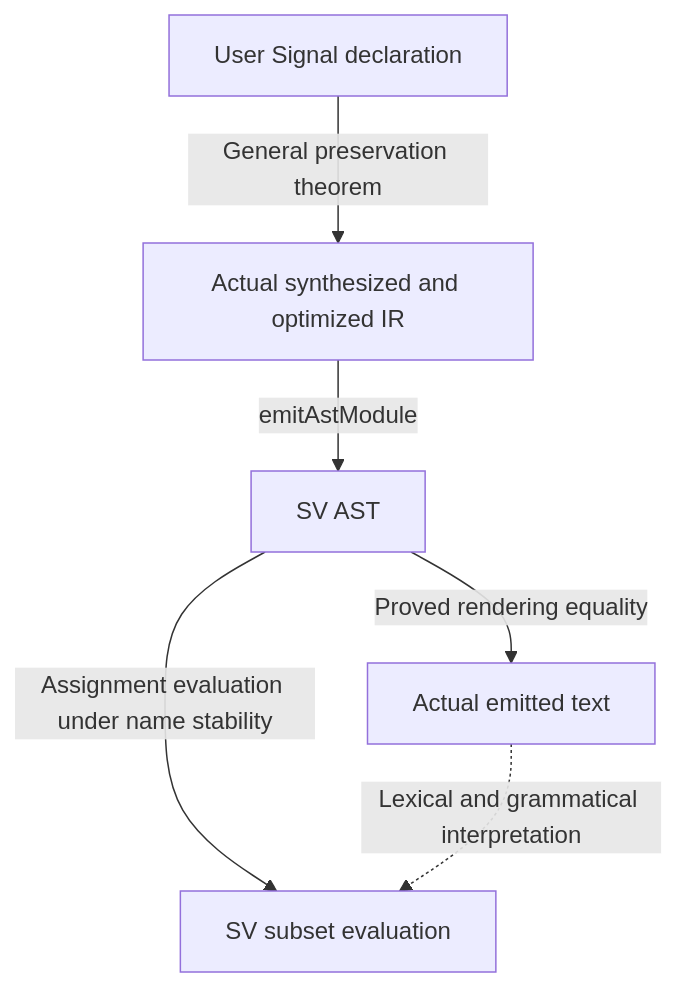
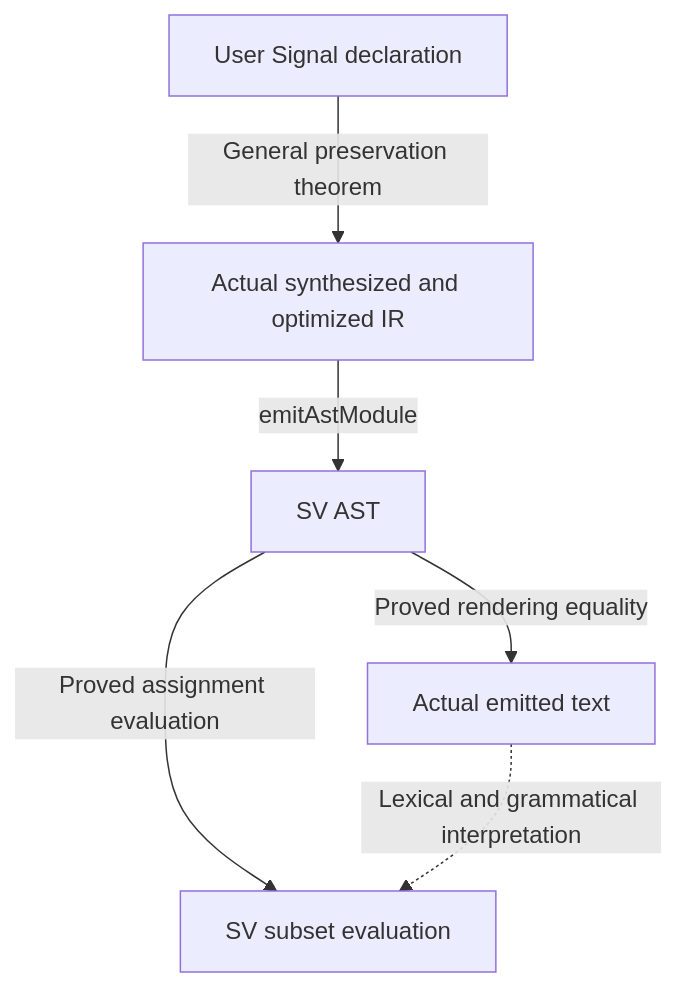
Before and after one commit to Verilean/sparkle: the diagram in docs/tutorial/md/Ch07c_VerifiedCompiler.md, drawn with Mermaid. The commit also changed other lines of this file and 11 other files, not shown here.

````diff
--- a/docs/tutorial/md/Ch07c_VerifiedCompiler.md
+++ b/docs/tutorial/md/Ch07c_VerifiedCompiler.md
@@ -144,8 +144,8 @@
 ```mermaid
 flowchart TD
     S[User Signal declaration] -->|General preservation theorem| I[Actual synthesized and optimized IR]
     I -->|emitAstModule| A[SV AST]
     A -->|Proved rendering equality| T[Actual emitted text]
-    A -->|Assignment evaluation under name stability| V[SV subset evaluation]
+    A -->|Proved assignment evaluation| V[SV subset evaluation]
     T -. Lexical and grammatical interpretation .-> V
 ```
````
